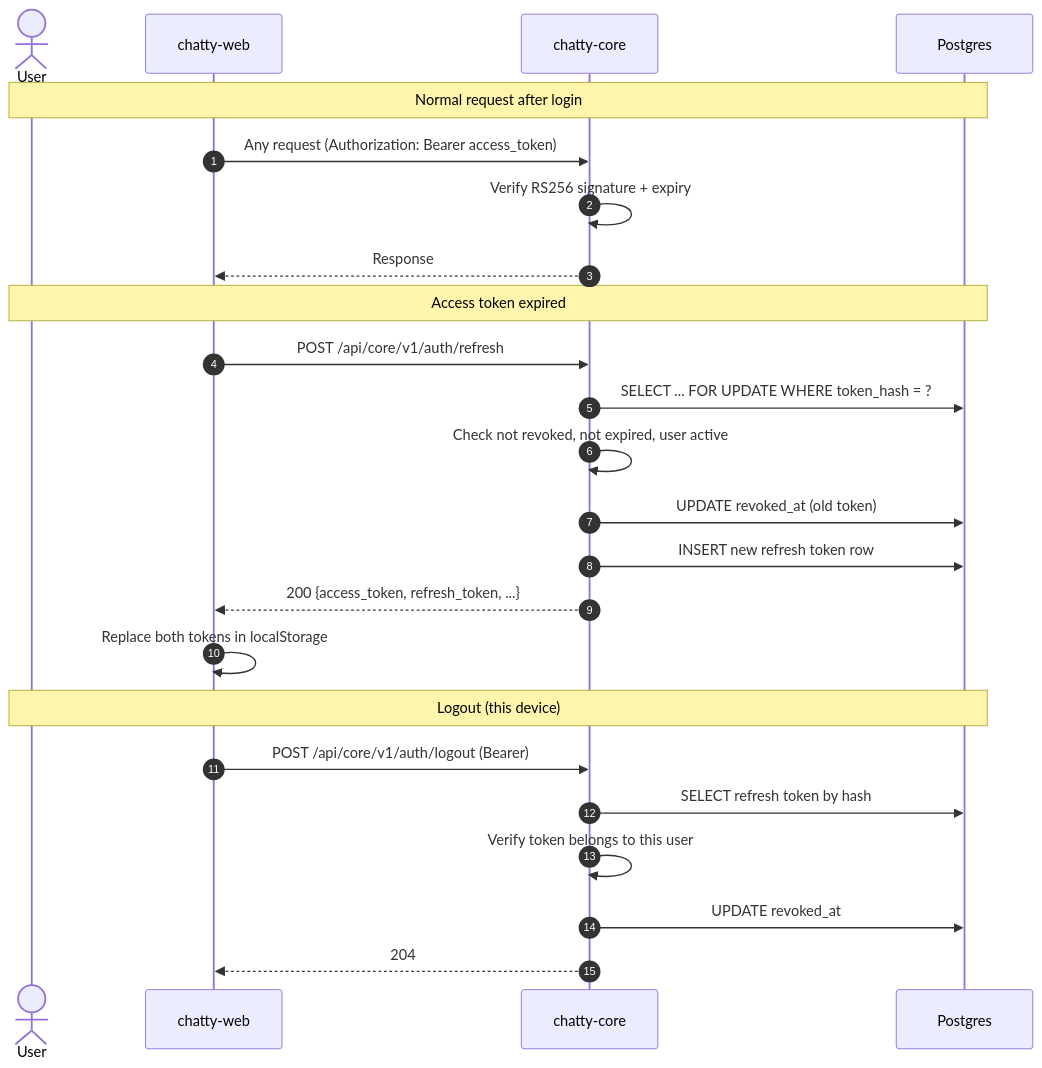
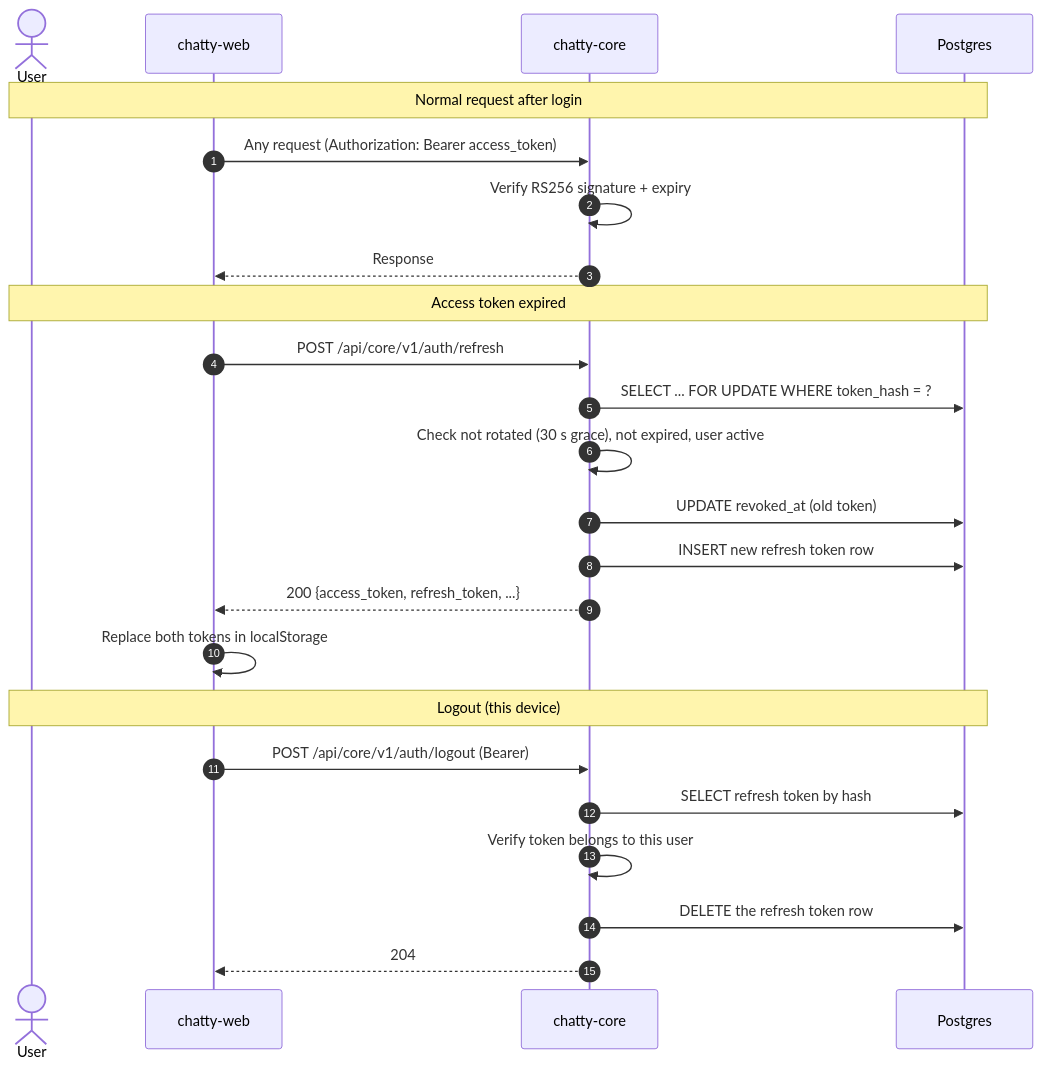
One commit to Chatty4/chatty-docs changed the diagram in architecture/flows/refresh-and-logout.md. Above: the diagram before and after it, drawn with Mermaid. The commit also changed other lines of this file and 6 other files, not shown here.

````diff
--- a/architecture/flows/refresh-and-logout.md
+++ b/architecture/flows/refresh-and-logout.md
@@ -9,29 +9,29 @@
 ```mermaid
 sequenceDiagram
     autonumber
     actor U as User
     participant W as chatty-web
     participant C as chatty-core
     participant DB as Postgres
 
     Note over U,DB: Normal request after login
     W->>C: Any request (Authorization: Bearer access_token)
     C->>C: Verify RS256 signature + expiry
     C-->>W: Response
 
     Note over U,DB: Access token expired
     W->>C: POST /api/core/v1/auth/refresh
     C->>DB: SELECT ... FOR UPDATE WHERE token_hash = ?
-    C->>C: Check not revoked, not expired, user active
+    C->>C: Check not rotated (30 s grace), not expired, user active
     C->>DB: UPDATE revoked_at (old token)
     C->>DB: INSERT new refresh token row
     C-->>W: 200 {access_token, refresh_token, ...}
     W->>W: Replace both tokens in localStorage
 
     Note over U,DB: Logout (this device)
     W->>C: POST /api/core/v1/auth/logout (Bearer)
     C->>DB: SELECT refresh token by hash
     C->>C: Verify token belongs to this user
-    C->>DB: UPDATE revoked_at
+    C->>DB: DELETE the refresh token row
     C-->>W: 204
 ```
````
